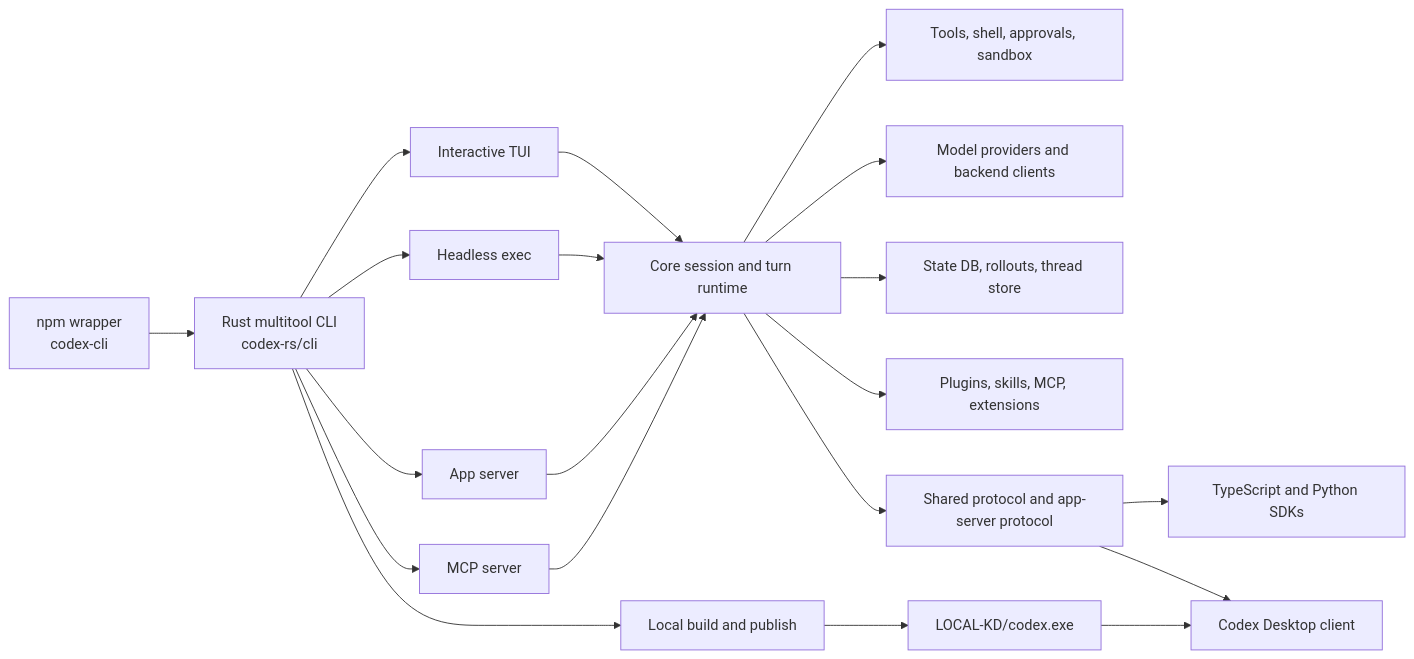
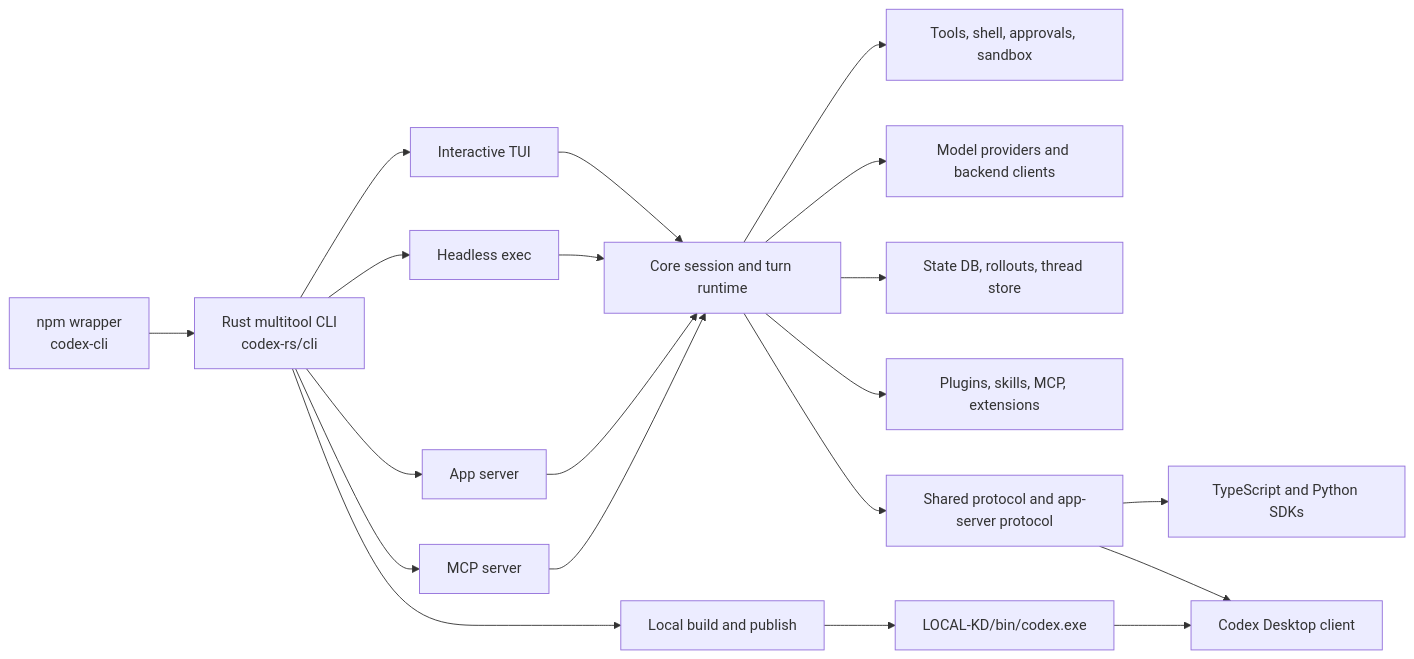
One commit to ikhdark/KD4 changed the diagram in SOURCEMAP.md. Above: the diagram before and after it, drawn with Mermaid. The commit also changed other lines of this file and 47 other files, not shown here.

````diff
--- a/SOURCEMAP.md
+++ b/SOURCEMAP.md
@@ -121,22 +121,22 @@
 ```mermaid
 flowchart LR
     NPM["npm wrapper<br/>codex-cli"] --> CLI["Rust multitool CLI<br/>codex-rs/cli"]
     CLI --> TUI["Interactive TUI"]
     CLI --> EXEC["Headless exec"]
     CLI --> APP["App server"]
     CLI --> MCP["MCP server"]
     TUI --> CORE["Core session and turn runtime"]
     EXEC --> CORE
     APP --> CORE
     MCP --> CORE
     CORE --> TOOLS["Tools, shell, approvals, sandbox"]
     CORE --> MODELS["Model providers and backend clients"]
     CORE --> STATE["State DB, rollouts, thread store"]
     CORE --> EXT["Plugins, skills, MCP, extensions"]
     CORE --> PROTOCOL["Shared protocol and app-server protocol"]
     PROTOCOL --> SDK["TypeScript and Python SDKs"]
     PROTOCOL --> DESKTOP["Codex Desktop client"]
     CLI --> PUBLISH["Local build and publish"]
-    PUBLISH --> LOCAL["LOCAL-KD/codex.exe"]
+    PUBLISH --> LOCAL["LOCAL-KD/bin/codex.exe"]
     LOCAL --> DESKTOP
 ```
````
